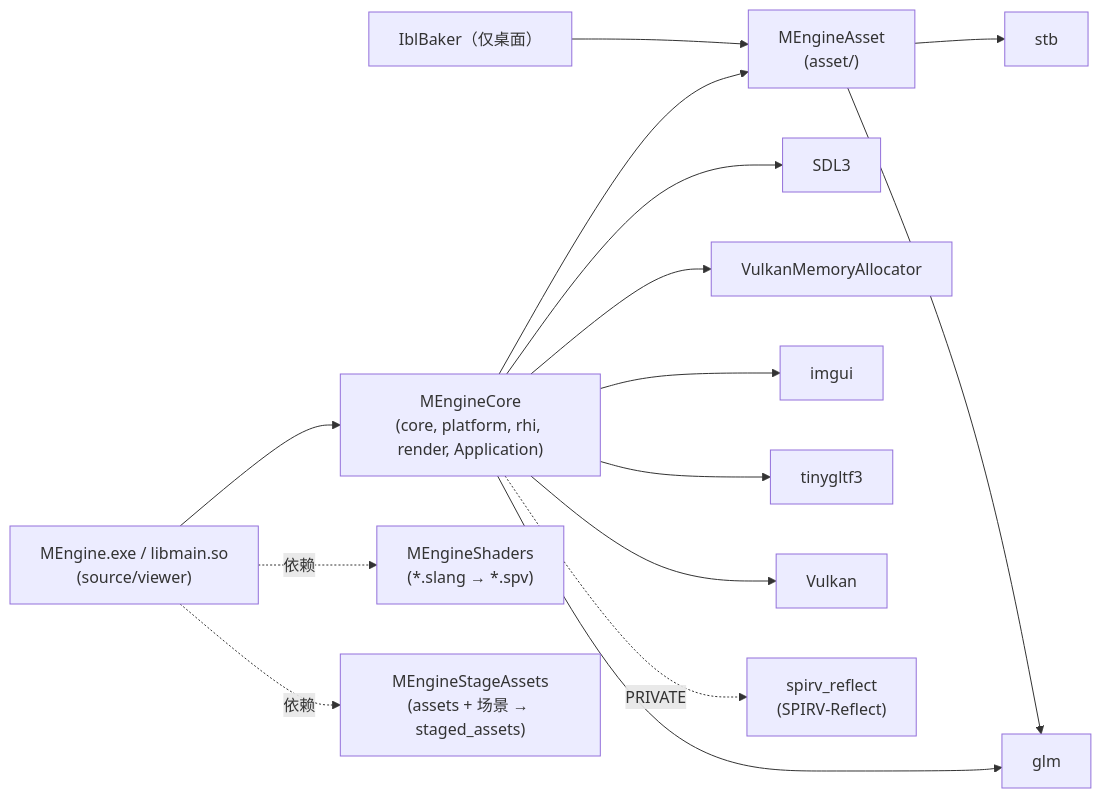
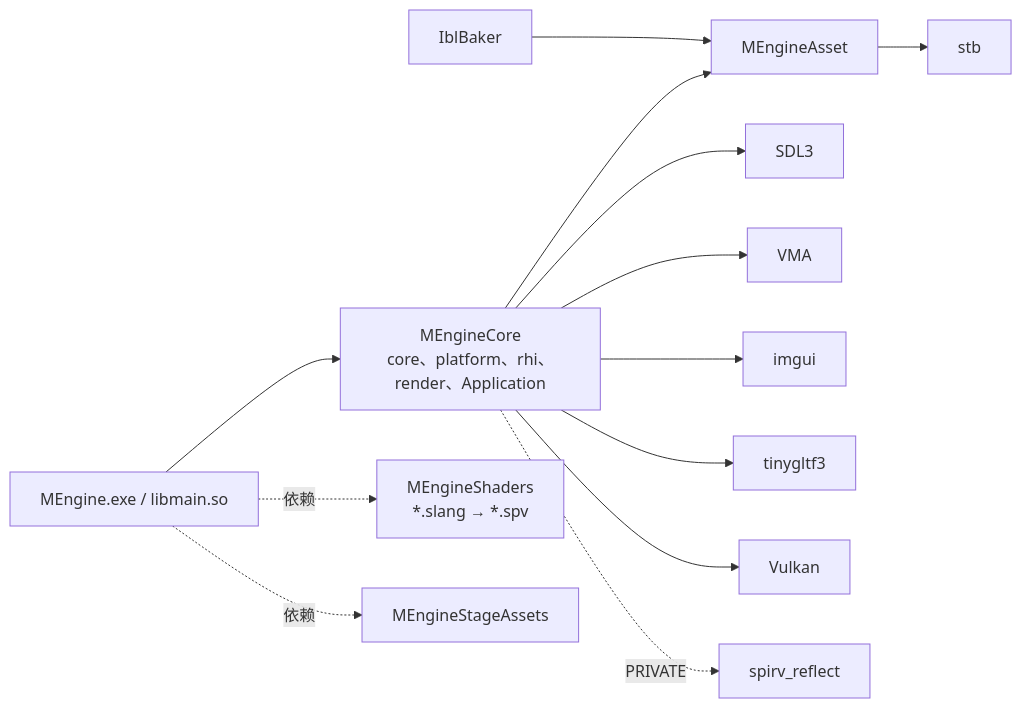
One commit to ChenJiaming5613/MEngine changed the first of 5 diagrams in docs/Architecture.md. Above: the diagram before and after it, drawn with Mermaid. The commit also changed other lines of this file and 64 other files, not shown here.

````diff
--- a/docs/Architecture.md
+++ b/docs/Architecture.md
@@ -40,11 +33,11 @@
 ```mermaid
 graph LR
-    MEngine["MEngine.exe / libmain.so<br/>(source/viewer)"] --> MEngineCore
-    MEngineCore["MEngineCore<br/>(core, platform, rhi, render, Application)"] --> MEngineAsset
-    MEngineCore --> SDL3 & VMA["VulkanMemoryAllocator"] & imgui & glm & tinygltf3 & Vulkan
-    MEngineCore -. PRIVATE .-> spirv_reflect["spirv_reflect<br/>(SPIRV-Reflect)"]
-    MEngineAsset["MEngineAsset<br/>(asset/)"] --> stb & glm
-    IblBaker["IblBaker（仅桌面）"] --> MEngineAsset
-    MEngine -. 依赖 .-> MEngineShaders["MEngineShaders<br/>(*.slang → *.spv)"]
-    MEngine -. 依赖 .-> MEngineStageAssets["MEngineStageAssets<br/>(assets + 场景 → staged_assets)"]
+    MEngine["MEngine.exe / libmain.so"] --> MEngineCore
+    MEngineCore["MEngineCore<br/>core、platform、rhi、render、Application"] --> MEngineAsset
+    MEngineCore --> SDL3 & VMA & imgui & tinygltf3 & Vulkan
+    MEngineCore -. PRIVATE .-> spirv_reflect
+    MEngineAsset --> stb
+    IblBaker --> MEngineAsset
+    MEngine -. 依赖 .-> MEngineShaders["MEngineShaders<br/>*.slang → *.spv"]
+    MEngine -. 依赖 .-> MEngineStageAssets
 ```
````
